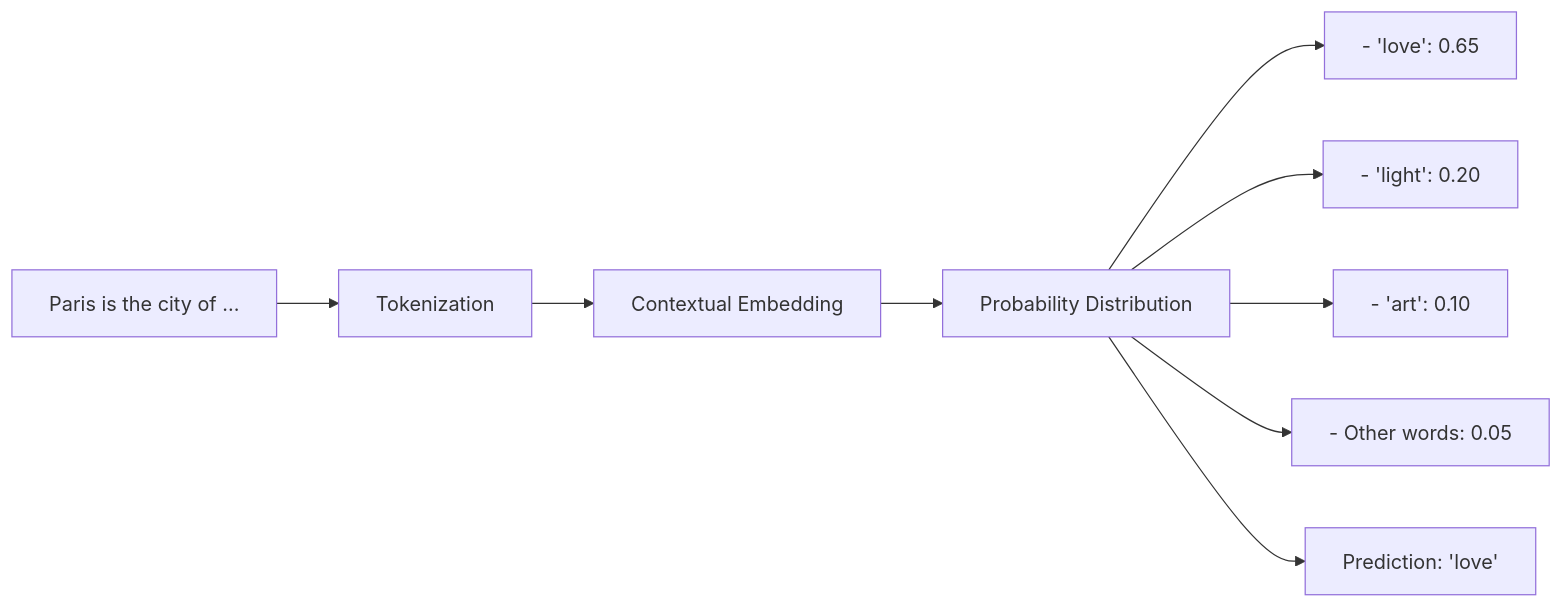
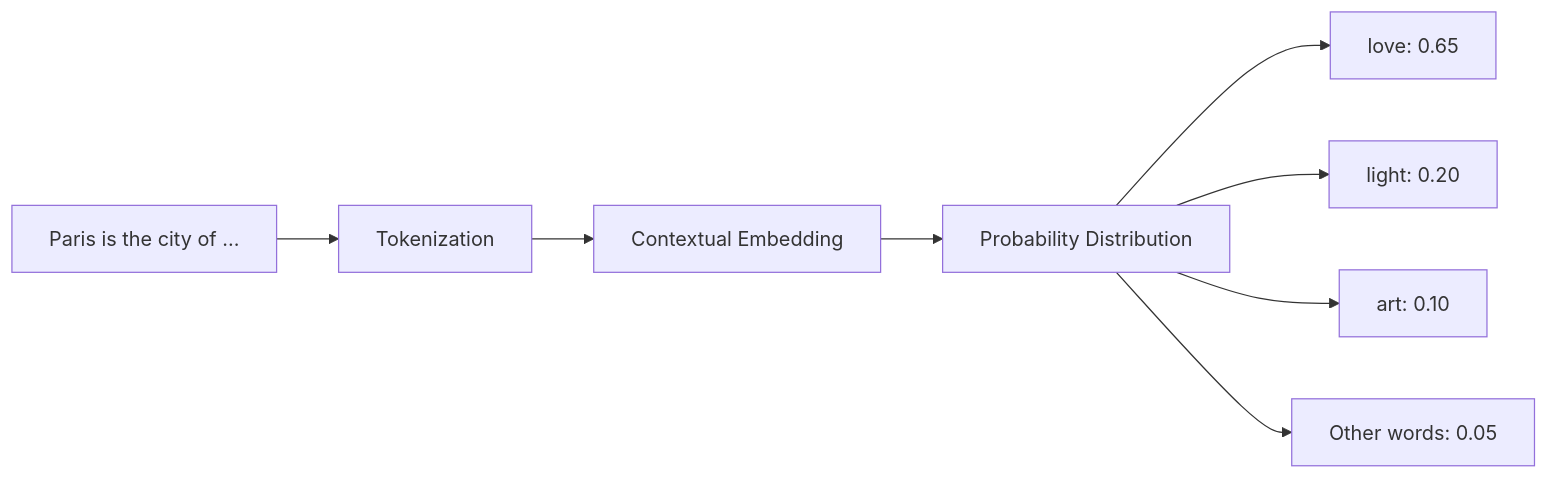
Before and after one commit to famibelle/AISeminar: the third of 4 diagrams in ai_seminar_slides.md, drawn with Mermaid. The commit also changed other lines of this file, not shown here.

````diff
--- a/ai_seminar_slides.md
+++ b/ai_seminar_slides.md
@@ -578,11 +579,10 @@
 ```mermaid
 graph LR
   A["Paris is the city of ..."] --> B["Tokenization"]
   B --> C["Contextual Embedding"]
   C --> D["Probability Distribution"]
-  D --> D1["- 'love': 0.65"]
-  D --> D2["- 'light': 0.20"]
-  D --> D3["- 'art': 0.10"]
-  D --> D4["- Other words: 0.05"]
-  D --> E["Prediction: 'love'"]
+  D --> D1["love: 0.65"]
+  D --> D2["light: 0.20"]
+  D --> D3["art: 0.10"]
+  D --> D4["Other words: 0.05"]
 ```
````
